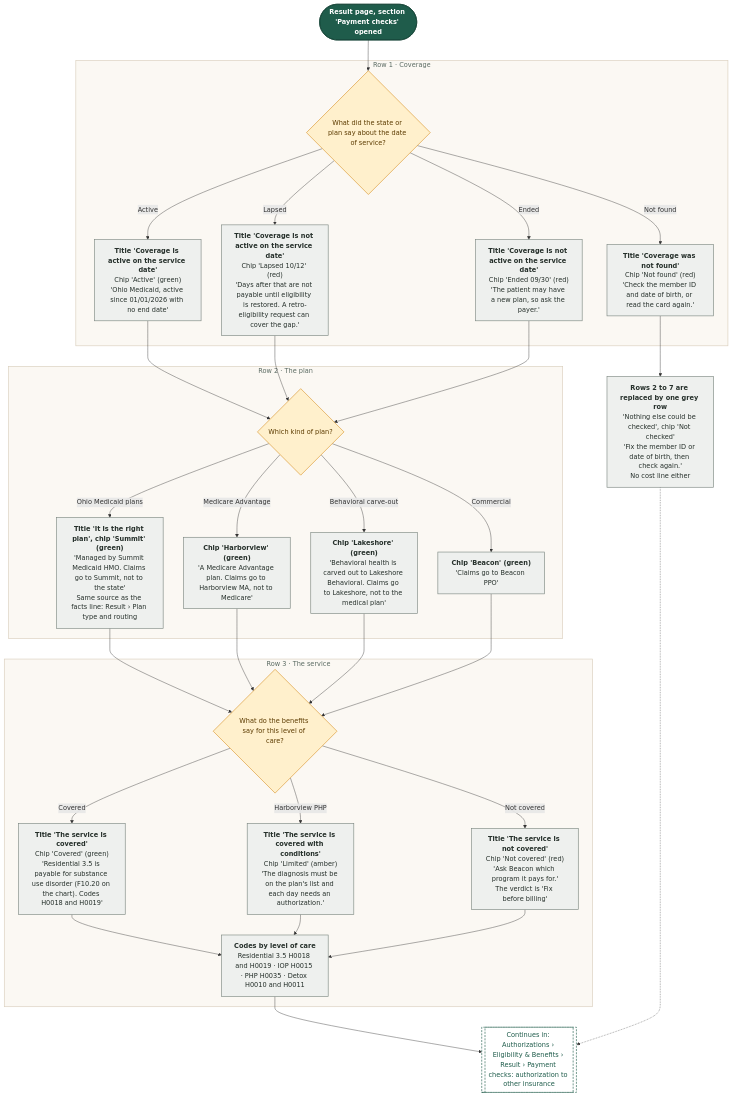
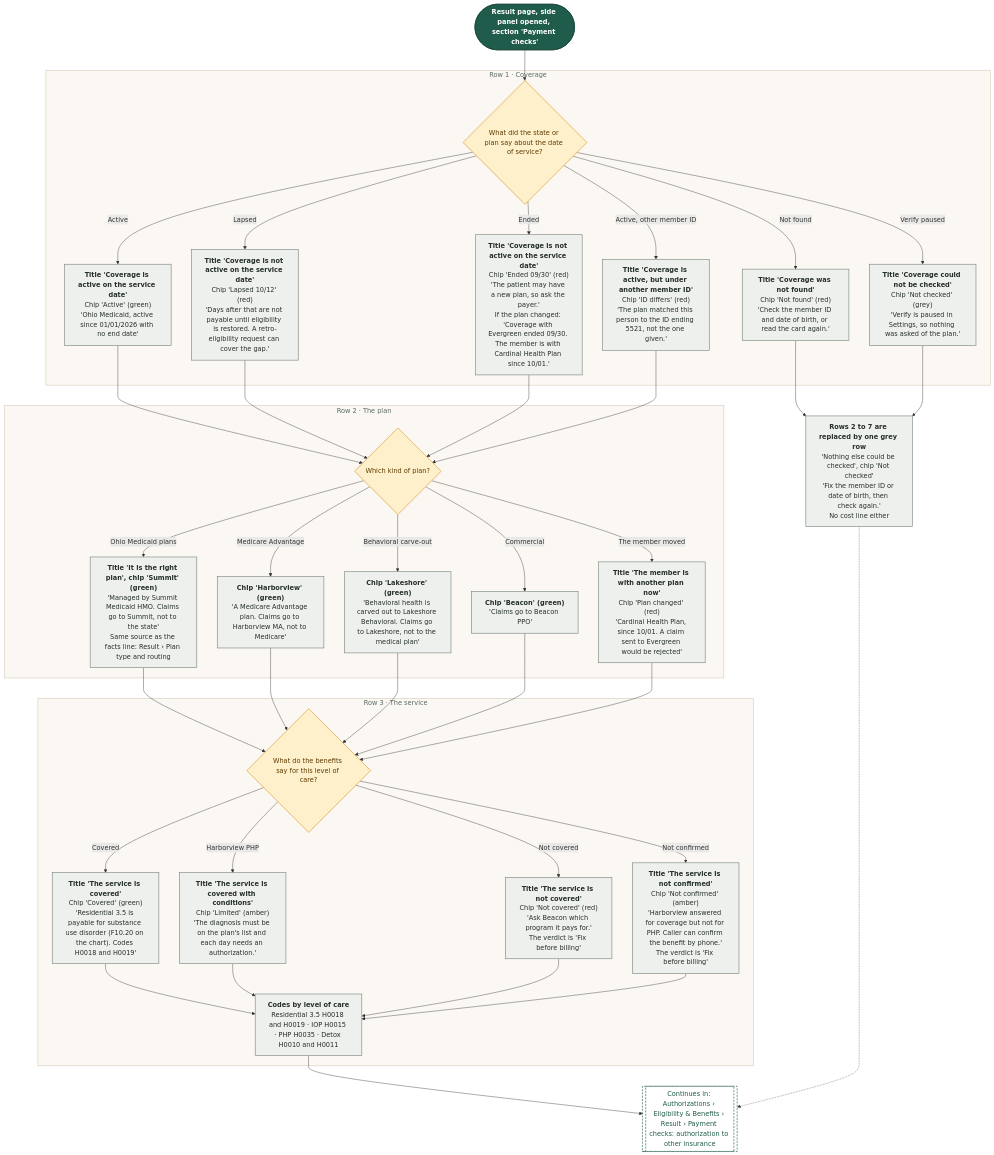
One commit to Shrav143/psyfloapp changed diagram 15 of 28 in demos/prior-auth-demo/workflows/out/md/05-eligibility.md. Above: the diagram before and after it, drawn with Mermaid. The commit also changed other lines of this file and 251 other files, not shown here.

First line of the commit message:
docs: rebuild the workflow diagrams (291) for round 4

````diff
--- a/demos/prior-auth-demo/workflows/out/md/05-eligibility.md
+++ b/demos/prior-auth-demo/workflows/out/md/05-eligibility.md
@@ -1052,65 +1167,73 @@
 ```mermaid
 %%{init: {"theme":"base","themeVariables":{"fontFamily":"'DM Sans', 'Segoe UI', system-ui, sans-serif","fontSize":"15px","lineColor":"#5B6B63","primaryTextColor":"#1C2B25","clusterBkg":"#FBF8F3","clusterBorder":"#D9CDBB","edgeLabelBackground":"#FFFFFF"},"flowchart":{"curve":"basis","nodeSpacing":36,"rankSpacing":48,"padding":12,"htmlLabels":true,"useMaxWidth":false,"wrappingWidth":230}} }%%
 flowchart TD
   classDef k_start fill:#1F5C4B,stroke:#174638,color:#FFFFFF,stroke-width:1.5px,font-weight:600
   classDef k_end fill:#DDEFE3,stroke:#2E7D4F,color:#14502F,stroke-width:1.5px,font-weight:600
   classDef k_endx fill:#FBE3E0,stroke:#C0392B,color:#7A1F16,stroke-width:1.5px,font-weight:600
   classDef k_screen fill:#FFFDF8,stroke:#1F5C4B,color:#1C2B25,stroke-width:2px
   classDef k_overlay fill:#F1F7F3,stroke:#1F5C4B,color:#1C2B25,stroke-width:2px,stroke-dasharray:5 3
   classDef k_click fill:#DCEBFA,stroke:#2F6DB5,color:#12365F,stroke-width:1.5px
   classDef k_input fill:#E4E7FF,stroke:#4C5FD5,color:#1D2670,stroke-width:1.5px
   classDef k_process fill:#EEF0EE,stroke:#7A857F,color:#26302B,stroke-width:1.5px
   classDef k_agent fill:#EEE5FA,stroke:#7A4FC2,color:#341A63,stroke-width:1.5px
   classDef k_decision fill:#FFF0CC,stroke:#D9962B,color:#5C3B00,stroke-width:1.5px
   classDef k_store fill:#D5F0EA,stroke:#1C8E7B,color:#0B4A3F,stroke-width:1.5px
   classDef k_doc fill:#F6E9DC,stroke:#B07A4C,color:#4A2E14,stroke-width:1.5px
   classDef k_ext fill:#FFE6D2,stroke:#E07B39,color:#6B2F06,stroke-width:1.5px
   classDef k_wait fill:#E4E8EE,stroke:#6B7C93,color:#26303D,stroke-width:1.5px
   classDef k_toast fill:#FFF9DB,stroke:#C9A400,color:#5A4A00,stroke-width:1.5px
   classDef k_goto fill:#FFFFFF,stroke:#1F5C4B,color:#1F5C4B,stroke-width:1.5px,stroke-dasharray:5 3
-  s1@{ shape: stadium, label: "Result page, section 'Payment checks' opened" }
+  s1@{ shape: stadium, label: "Result page, side panel opened, section 'Payment checks'" }
   subgraph gA ["Row 1 · Coverage"]
   a0@{ shape: diam, label: "What did the state or plan say about the date of service?" }
   a1@{ shape: rect, label: "<b>Title 'Coverage is active on the service date'</b><br/>Chip 'Active' (green)<br/>'Ohio Medicaid, active since 01/01/2026 with no end date'" }
   a2@{ shape: rect, label: "<b>Title 'Coverage is not active on the service date'</b><br/>Chip 'Lapsed 10/12' (red)<br/>'Days after that are not payable until eligibility is restored. A retro-eligibility request can cover the gap.'" }
-  a3@{ shape: rect, label: "<b>Title 'Coverage is not active on the service date'</b><br/>Chip 'Ended 09/30' (red)<br/>'The patient may have a new plan, so ask the payer.'" }
+  a3@{ shape: rect, label: "<b>Title 'Coverage is not active on the service date'</b><br/>Chip 'Ended 09/30' (red)<br/>'The patient may have a new plan, so ask the payer.'<br/>If the plan changed: 'Coverage with Evergreen ended 09/30. The member is with Cardinal Health Plan since 10/01.'" }
+  a5@{ shape: rect, label: "<b>Title 'Coverage is active, but under another member ID'</b><br/>Chip 'ID differs' (red)<br/>'The plan matched this person to the ID ending 5521, not the one given.'" }
+  a6@{ shape: rect, label: "<b>Title 'Coverage could not be checked'</b><br/>Chip 'Not checked' (grey)<br/>'Verify is paused in Settings, so nothing was asked of the plan.'" }
   a4@{ shape: rect, label: "<b>Title 'Coverage was not found'</b><br/>Chip 'Not found' (red)<br/>'Check the member ID and date of birth, or read the card again.'" }
   end
   g0@{ shape: rect, label: "<b>Rows 2 to 7 are replaced by one grey row</b><br/>'Nothing else could be checked', chip 'Not checked'<br/>'Fix the member ID or date of birth, then check again.'<br/>No cost line either" }
   subgraph gB ["Row 2 · The plan"]
   b0@{ shape: diam, label: "Which kind of plan?" }
   b1@{ shape: rect, label: "<b>Title 'It is the right plan', chip 'Summit' (green)</b><br/>'Managed by Summit Medicaid HMO. Claims go to Summit, not to the state'<br/>Same source as the facts line: Result › Plan type and routing" }
   b2@{ shape: rect, label: "<b>Chip 'Harborview' (green)</b><br/>'A Medicare Advantage plan. Claims go to Harborview MA, not to Medicare'" }
   b3@{ shape: rect, label: "<b>Chip 'Lakeshore' (green)</b><br/>'Behavioral health is carved out to Lakeshore Behavioral. Claims go to Lakeshore, not to the medical plan'" }
   b4@{ shape: rect, label: "<b>Chip 'Beacon' (green)</b><br/>'Claims go to Beacon PPO'" }
+  b5@{ shape: rect, label: "<b>Title 'The member is with another plan now'</b><br/>Chip 'Plan changed' (red)<br/>'Cardinal Health Plan, since 10/01. A claim sent to Evergreen would be rejected'" }
   end
   subgraph gC ["Row 3 · The service"]
   c0@{ shape: diam, label: "What do the benefits say for this level of care?" }
   c1@{ shape: rect, label: "<b>Title 'The service is covered'</b><br/>Chip 'Covered' (green)<br/>'Residential 3.5 is payable for substance use disorder (F10.20 on the chart). Codes H0018 and H0019'" }
   c2@{ shape: rect, label: "<b>Title 'The service is covered with conditions'</b><br/>Chip 'Limited' (amber)<br/>'The diagnosis must be on the plan's list and each day needs an authorization.'" }
+  c5@{ shape: rect, label: "<b>Title 'The service is not confirmed'</b><br/>Chip 'Not confirmed' (amber)<br/>'Harborview answered for coverage but not for PHP. Caller can confirm the benefit by phone.'<br/>The verdict is 'Fix before billing'" }
   c3@{ shape: rect, label: "<b>Title 'The service is not covered'</b><br/>Chip 'Not covered' (red)<br/>'Ask Beacon which program it pays for.'<br/>The verdict is 'Fix before billing'" }
   c4@{ shape: rect, label: "<b>Codes by level of care</b><br/>Residential 3.5 H0018 and H0019 · IOP H0015 · PHP H0035 · Detox H0010 and H0011" }
   end
   g1@{ shape: subproc, label: "Continues in: Authorizations › Eligibility & Benefits › Result › Payment checks: authorization to other insurance" }
   s1 --> a0
   a0 -->|"Active"| a1 --> b0
   a0 -->|"Lapsed"| a2 --> b0
   a0 -->|"Ended"| a3 --> b0
   a0 -->|"Not found"| a4 --> g0
+  a0 -->|"Active, other member ID"| a5 --> b0
+  a0 -->|"Verify paused"| a6 --> g0
   b0 -->|"Ohio Medicaid plans"| b1 --> c0
   b0 -->|"Medicare Advantage"| b2 --> c0
   b0 -->|"Behavioral carve-out"| b3 --> c0
   b0 -->|"Commercial"| b4 --> c0
+  b0 -->|"The member moved"| b5 --> c0
   c0 -->|"Covered"| c1 --> c4
   c0 -->|"Harborview PHP"| c2 --> c4
   c0 -->|"Not covered"| c3 --> c4
+  c0 -->|"Not confirmed"| c5 --> c4
   c4 --> g1
   g0 -.-> g1
   class s1 k_start
   class a0,b0,c0 k_decision
-  class a1,a2,a3,a4,g0,b1,b2,b3,b4,c1,c2,c3,c4 k_process
+  class a1,a2,a3,a5,a6,a4,g0,b1,b2,b3,b4,b5,c1,c2,c5,c3,c4 k_process
   class g1 k_goto
   style gA fill:#FBF8F3,stroke:#D9CDBB,stroke-width:1.5px,color:#5B6B63
   style gB fill:#FBF8F3,stroke:#D9CDBB,stroke-width:1.5px,color:#5B6B63
   style gC fill:#FBF8F3,stroke:#D9CDBB,stroke-width:1.5px,color:#5B6B63
 ```
````
